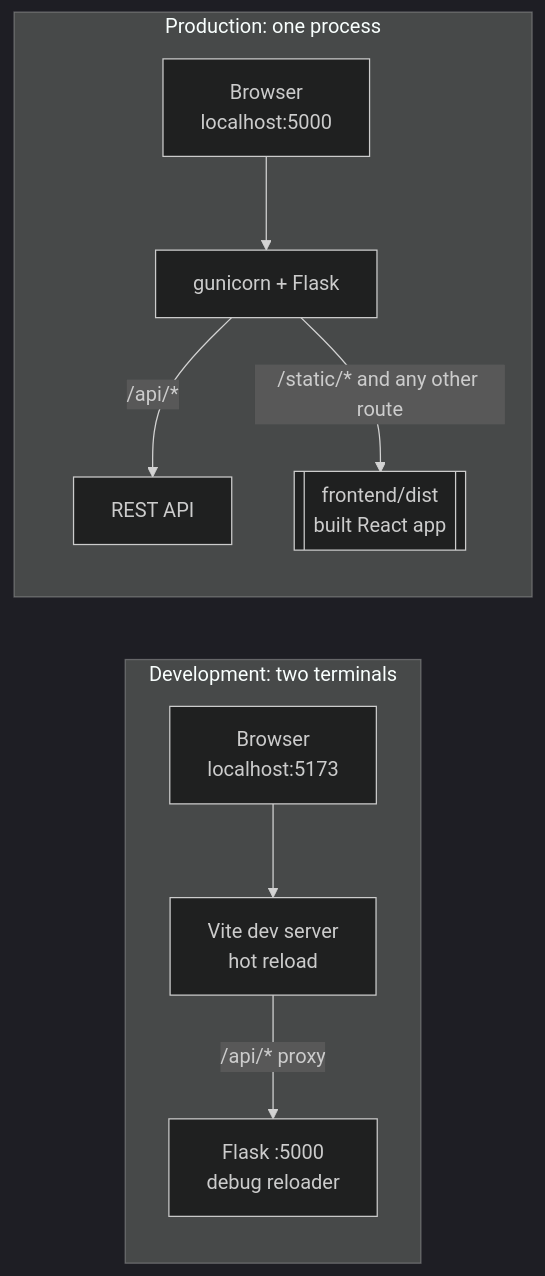
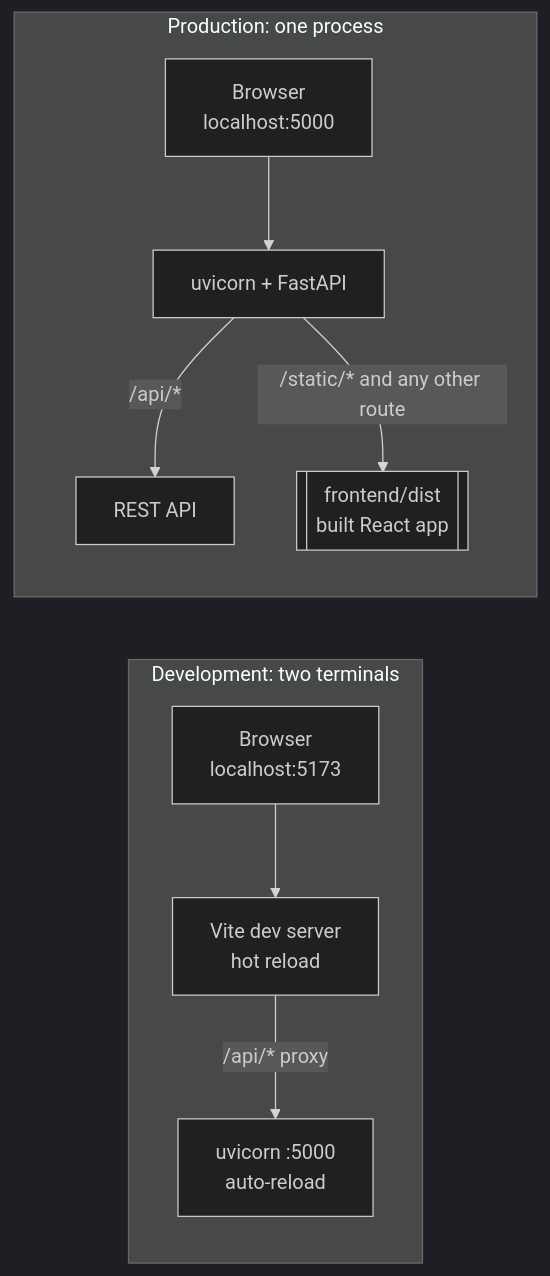
The seventh of 9 diagrams in README.md (Kaifkhurshid7/classmind-ai), drawn with Mermaid (dark theme) before and after one commit. The commit also changed other lines of this file and 5 other files, not shown here.

Commit message:
feat: migrate backend from Flask to FastAPI; update Dockerfile, Makefile, README, and tests; add PostgreSQL support in docker-compose

````diff
--- a/README.md
+++ b/README.md
@@ -301,13 +301,13 @@
 ```mermaid
 flowchart LR
     subgraph Dev["Development: two terminals"]
         B1["Browser<br/>localhost:5173"] --> V["Vite dev server<br/>hot reload"]
-        V -->|"/api/* proxy"| F1["Flask :5000<br/>debug reloader"]
+        V -->|"/api/* proxy"| F1["uvicorn :5000<br/>auto-reload"]
     end
 
     subgraph Prod["Production: one process"]
-        B2["Browser<br/>localhost:5000"] --> F2["gunicorn + Flask"]
+        B2["Browser<br/>localhost:5000"] --> F2["uvicorn + FastAPI"]
         F2 -->|"/api/*"| API2["REST API"]
         F2 -->|"/static/* and any other route"| DIST[["frontend/dist<br/>built React app"]]
     end
 ```
````
